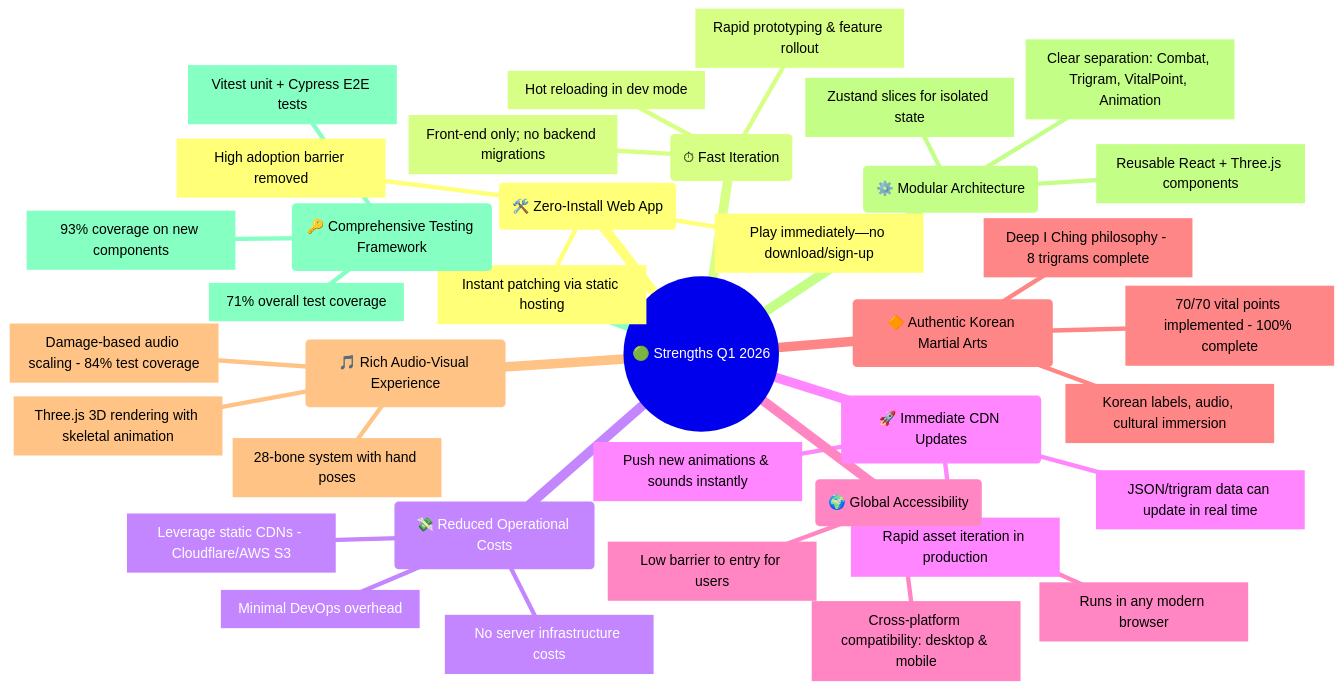
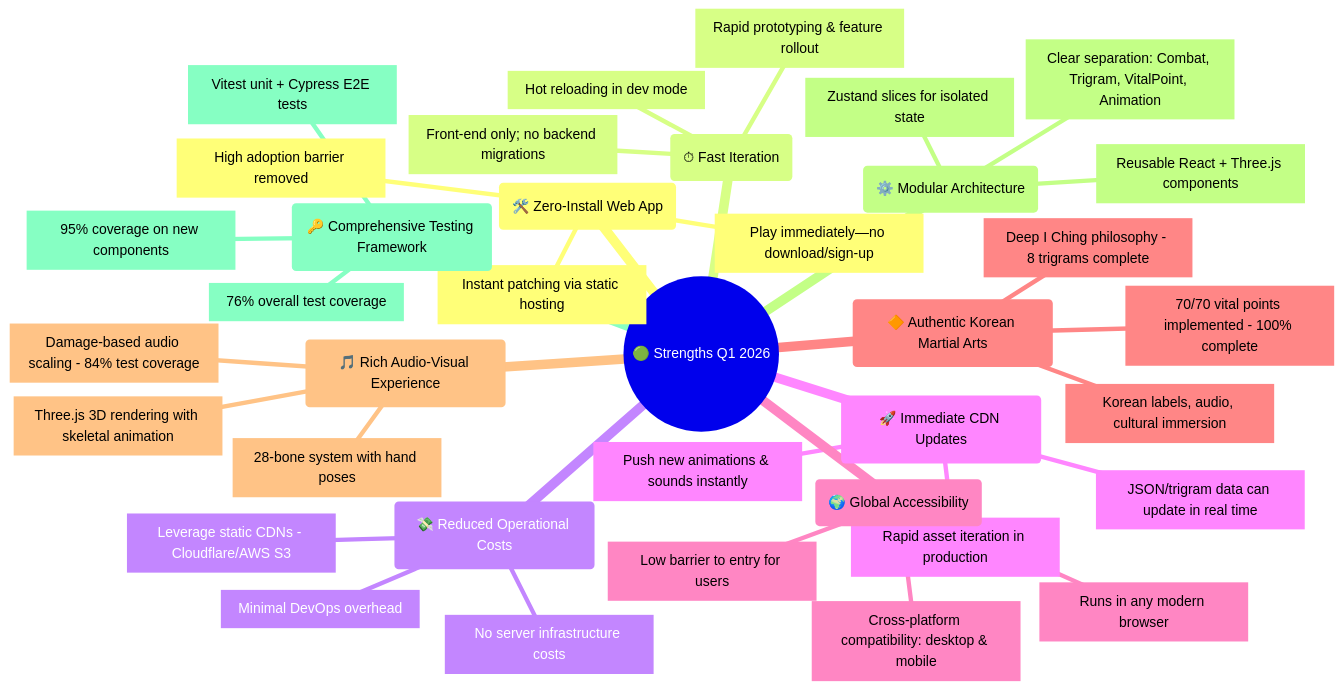
One commit to Hack23/blacktrigram changed the eighth of 21 diagrams in ARCHITECTURE.md. Above: the diagram before and after it, drawn with Mermaid. The commit also changed other lines of this file, not shown here.

Commit message:
docs: Update ARCHITECTURE.md with current metrics from game-status.md - 76% coverage, 8/12 combat realism (67%), remove PixiJS references

````diff
--- a/ARCHITECTURE.md
+++ b/ARCHITECTURE.md
@@ -1326,40 +1324,40 @@
 ```mermaid
 mindmap
   root((🟢 Strengths Q1 2026))
     id1(🛠️ Zero-Install Web App)
       id1.1[Play immediately—no download/sign-up]
       id1.2[Instant patching via static hosting]
       id1.3[High adoption barrier removed]
     id2(⏱ Fast Iteration)
       id2.1[Front-end only; no backend migrations]
       id2.2[Rapid prototyping & feature rollout]
       id2.3[Hot reloading in dev mode]
     id3(💸 Reduced Operational Costs)
       id3.1[No server infrastructure costs]
       id3.2[Leverage static CDNs - Cloudflare/AWS S3]
       id3.3[Minimal DevOps overhead]
     id4(🚀 Immediate CDN Updates)
       id4.1[Push new animations & sounds instantly]
       id4.2[JSON/trigram data can update in real time]
       id4.3[Rapid asset iteration in production]
     id5(🌍 Global Accessibility)
       id5.1[Runs in any modern browser]
       id5.2[Cross-platform compatibility: desktop & mobile]
       id5.3[Low barrier to entry for users]
     id6(🔶 Authentic Korean Martial Arts)
       id6.1[Deep I Ching philosophy - 8 trigrams complete]
       id6.2[70/70 vital points implemented - 100% complete]
       id6.3[Korean labels, audio, cultural immersion]
     id7(🎵 Rich Audio-Visual Experience)
       id7.1[Three.js 3D rendering with skeletal animation]
       id7.2[28-bone system with hand poses]
       id7.3[Damage-based audio scaling - 84% test coverage]
     id8(⚙️ Modular Architecture)
       id8.1[Clear separation: Combat, Trigram, VitalPoint, Animation]
       id8.2[Reusable React + Three.js components]
       id8.3[Zustand slices for isolated state]
     id9(🔑 Comprehensive Testing Framework)
-      id9.1[71% overall test coverage]
-      id9.2[93% coverage on new components]
+      id9.1[76% overall test coverage]
+      id9.2[95% coverage on new components]
       id9.3[Vitest unit + Cypress E2E tests]
 ```
````
